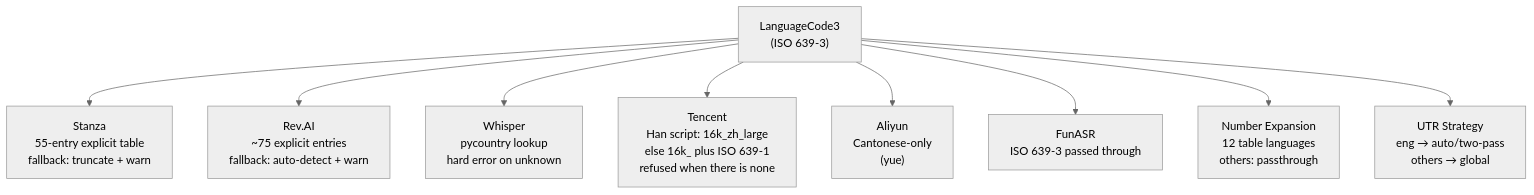
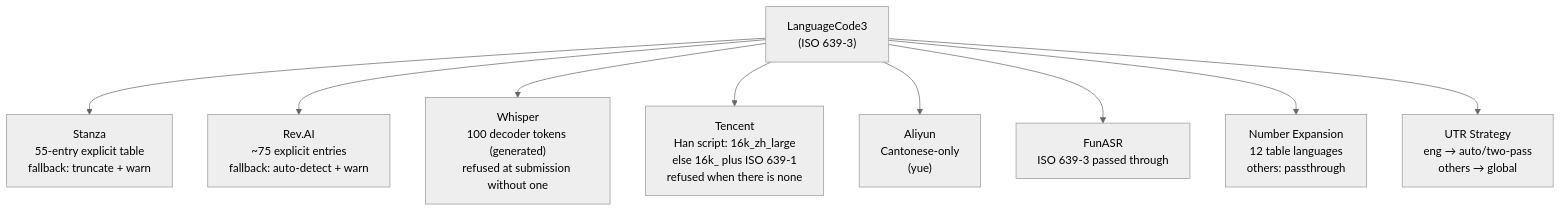
One commit to FranklinChen/talkbank-tools changed the second of 2 diagrams in book/src/batchalign/reference/language-code-resolution.md. Above: the diagram before and after it, drawn with Mermaid (neutral theme). The commit also changed other lines of this file and 38 other files, not shown here.

````diff
--- a/book/src/batchalign/reference/language-code-resolution.md
+++ b/book/src/batchalign/reference/language-code-resolution.md
@@ -299,13 +290,13 @@
 ```mermaid
 flowchart TD
     lang["LanguageCode3\n(ISO 639-3)"] --> stanza["Stanza\n55-entry explicit table\nfallback: truncate + warn"]
     lang --> revai["Rev.AI\n~75 explicit entries\nfallback: auto-detect + warn"]
-    lang --> whisper["Whisper\npycountry lookup\nhard error on unknown"]
+    lang --> whisper["Whisper\n100 decoder tokens (generated)\nrefused at submission without one"]
     lang --> tencent["Tencent\nHan script: 16k_zh_large\nelse 16k_ plus ISO 639-1\nrefused when there is none"]
     lang --> aliyun["Aliyun\nCantonese-only\n(yue)"]
     lang --> funasr["FunASR\nISO 639-3 passed through"]
     lang --> num["Number Expansion\n12 table languages\nothers: passthrough"]
     lang --> utr["UTR Strategy\neng → auto/two-pass\nothers → global"]
 
     %% All engines now have explicit validation, no red highlights needed
 ```
````
